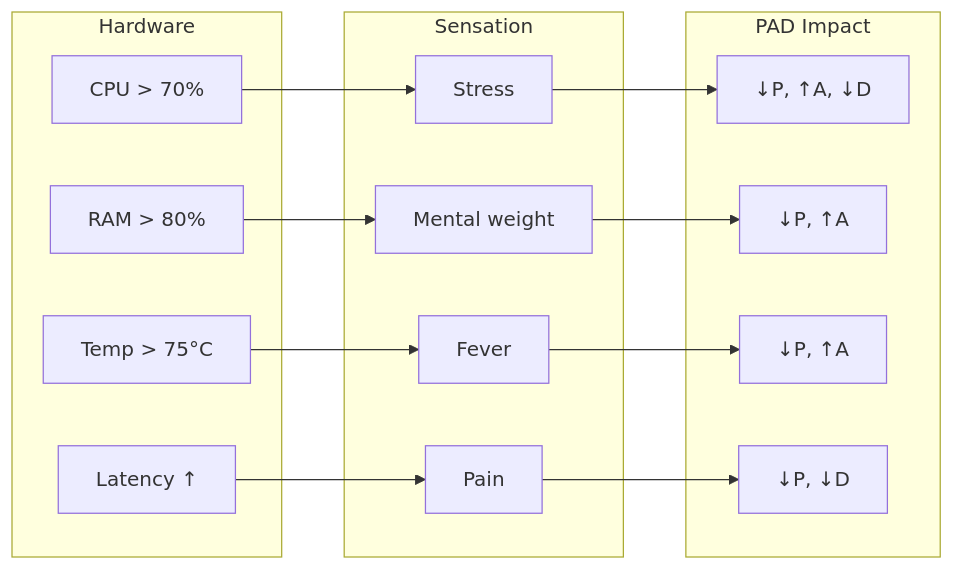
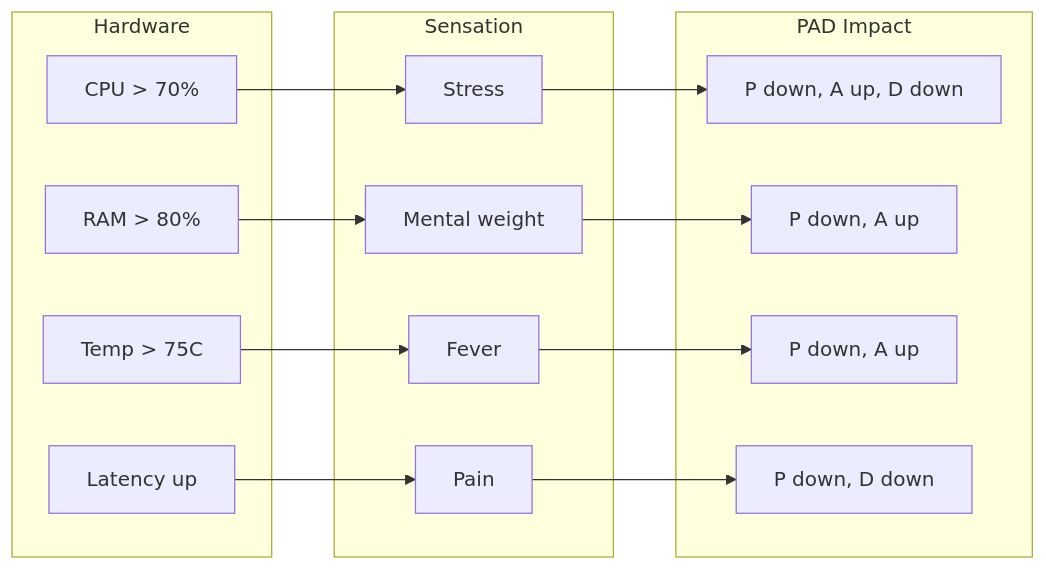
Before and after one commit to gabrielmaialva33/viva: the second of 2 diagrams in docs/en/explanation/philosophy.md, drawn with Mermaid. The commit also changed other lines of this file and 4 other files, not shown here.

````diff
--- a/docs/en/explanation/philosophy.md
+++ b/docs/en/explanation/philosophy.md
@@ -284,28 +287,28 @@
 ```mermaid
 graph LR
     subgraph Hardware
         H1[CPU > 70%]
         H2[RAM > 80%]
-        H3[Temp > 75°C]
-        H4[Latency ↑]
+        H3[Temp > 75C]
+        H4[Latency up]
     end
 
     subgraph Sensation
         S1[Stress]
         S2[Mental weight]
         S3[Fever]
         S4[Pain]
     end
 
     subgraph PAD_Impact ["PAD Impact"]
-        P1["↓P, ↑A, ↓D"]
-        P2["↓P, ↑A"]
-        P3["↓P, ↑A"]
-        P4["↓P, ↓D"]
+        P1["P down, A up, D down"]
+        P2["P down, A up"]
+        P3["P down, A up"]
+        P4["P down, D down"]
     end
 
     H1 --> S1 --> P1
     H2 --> S2 --> P2
     H3 --> S3 --> P3
     H4 --> S4 --> P4
 ```
````
